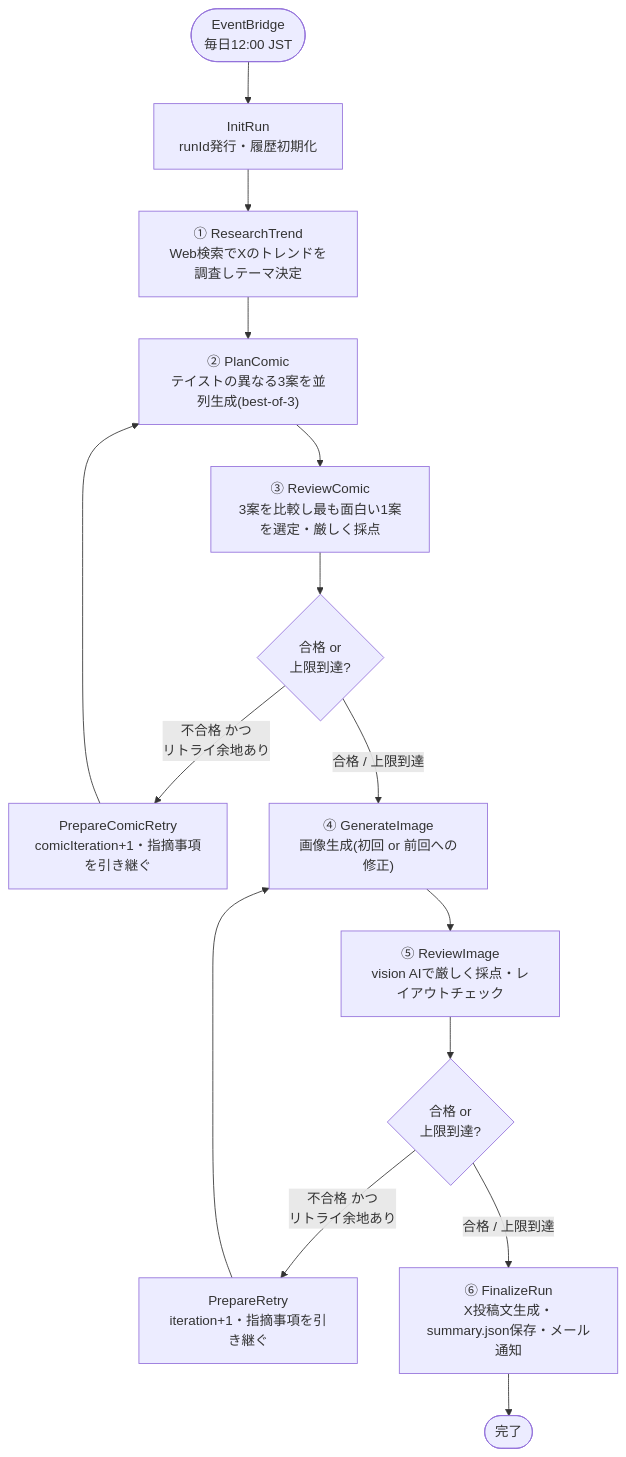
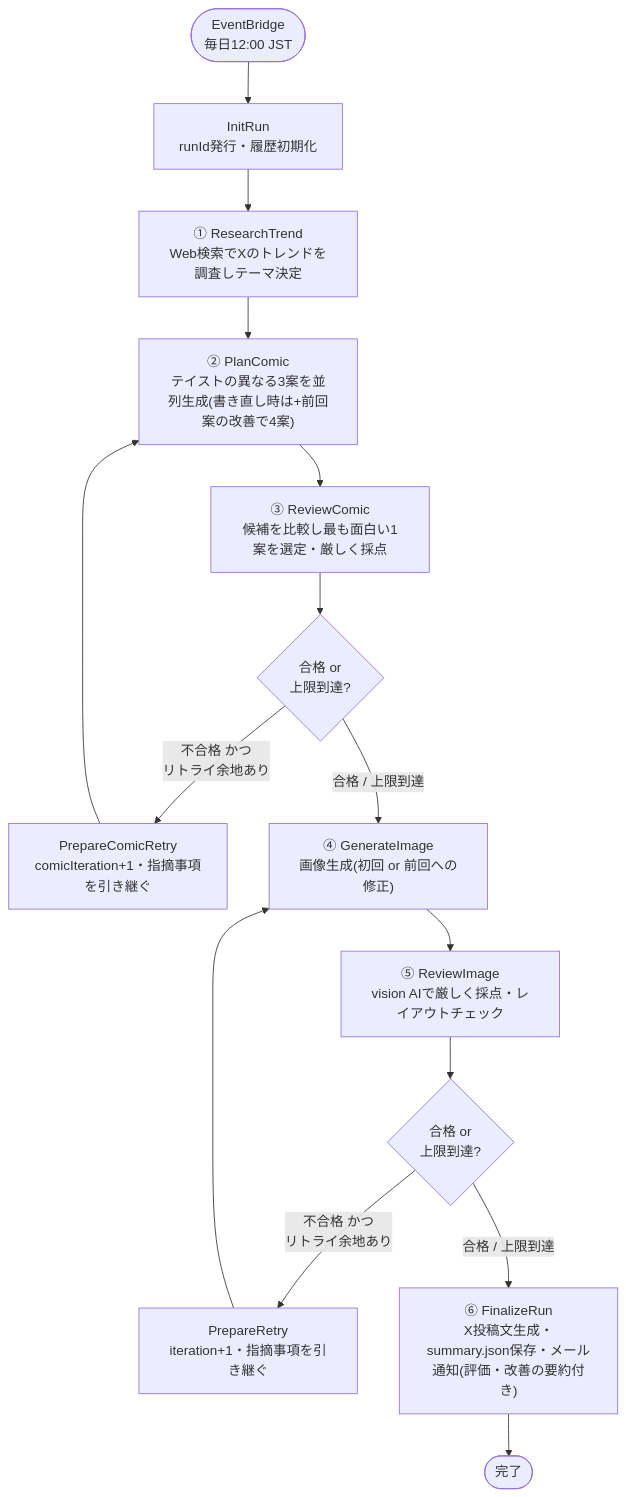
Before and after one commit to zzzzico12/x-trend-4koma: the diagram in README.md, drawn with Mermaid. The commit also changed other lines of this file and 1 other file, not shown here.

Commit message:
Include review score history and feedback in the completion email

````diff
--- a/README.md
+++ b/README.md
@@ -12,17 +12,17 @@
 ```mermaid
 flowchart TD
     Start(["EventBridge<br/>毎日12:00 JST"]) --> InitRun["InitRun<br/>runId発行・履歴初期化"]
     InitRun --> ResearchTrend["① ResearchTrend<br/>Web検索でXのトレンドを調査しテーマ決定"]
-    ResearchTrend --> PlanComic["② PlanComic<br/>テイストの異なる3案を並列生成(best-of-3)"]
-    PlanComic --> ReviewComic["③ ReviewComic<br/>3案を比較し最も面白い1案を選定・厳しく採点"]
+    ResearchTrend --> PlanComic["② PlanComic<br/>テイストの異なる3案を並列生成(書き直し時は+前回案の改善で4案)"]
+    PlanComic --> ReviewComic["③ ReviewComic<br/>候補を比較し最も面白い1案を選定・厳しく採点"]
     ReviewComic --> ComicChoice{"合格 or<br/>上限到達?"}
     ComicChoice -- "不合格 かつ<br/>リトライ余地あり" --> PrepareComicRetry["PrepareComicRetry<br/>comicIteration+1・指摘事項を引き継ぐ"]
     PrepareComicRetry --> PlanComic
     ComicChoice -- "合格 / 上限到達" --> GenerateImage["④ GenerateImage<br/>画像生成(初回 or 前回への修正)"]
     GenerateImage --> ReviewImage["⑤ ReviewImage<br/>vision AIで厳しく採点・レイアウトチェック"]
     ReviewImage --> Choice{"合格 or<br/>上限到達?"}
     Choice -- "不合格 かつ<br/>リトライ余地あり" --> PrepareRetry["PrepareRetry<br/>iteration+1・指摘事項を引き継ぐ"]
     PrepareRetry --> GenerateImage
-    Choice -- "合格 / 上限到達" --> FinalizeRun["⑥ FinalizeRun<br/>X投稿文生成・summary.json保存・メール通知"]
+    Choice -- "合格 / 上限到達" --> FinalizeRun["⑥ FinalizeRun<br/>X投稿文生成・summary.json保存・メール通知(評価・改善の要約付き)"]
     FinalizeRun --> End(["完了"])
 ```
````
